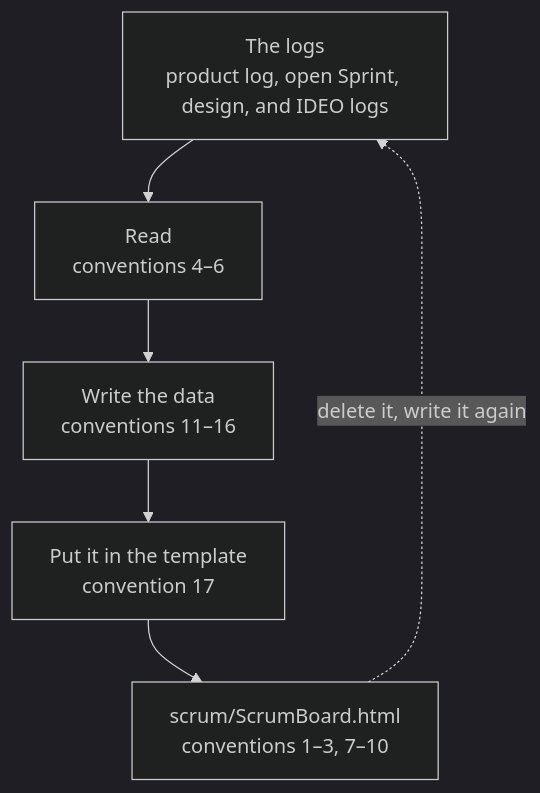
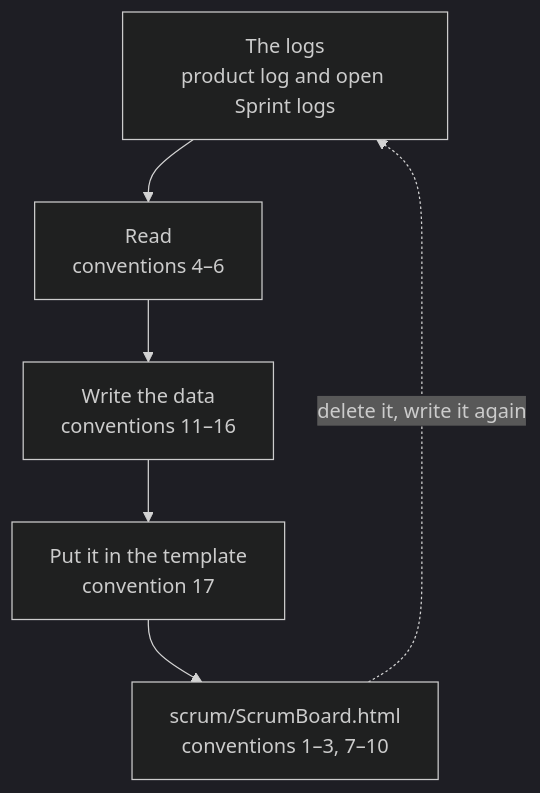
Before and after one commit to seapawn1/IDEO-Scrum: the diagram in plugins/ideo-scrum/board/board-log.md, drawn with Mermaid (dark theme). The commit also changed other lines of this file and 78 other files, not shown here.

````diff
--- a/plugins/ideo-scrum/board/board-log.md
+++ b/plugins/ideo-scrum/board/board-log.md
@@ -7,8 +9,8 @@
 ```mermaid
 flowchart TD
-    L["The logs<br/>product log, open Sprint, design, and IDEO logs"] --> R["Read<br/>conventions 4–6"]
+    L["The logs<br/>product log and open Sprint logs"] --> R["Read<br/>conventions 4–6"]
     R --> D["Write the data<br/>conventions 11–16"]
     D --> G["Put it in the template<br/>convention 17"]
     G --> B["scrum/ScrumBoard.html<br/>conventions 1–3, 7–10"]
     B -. "delete it, write it again" .-> L
 ```
````
